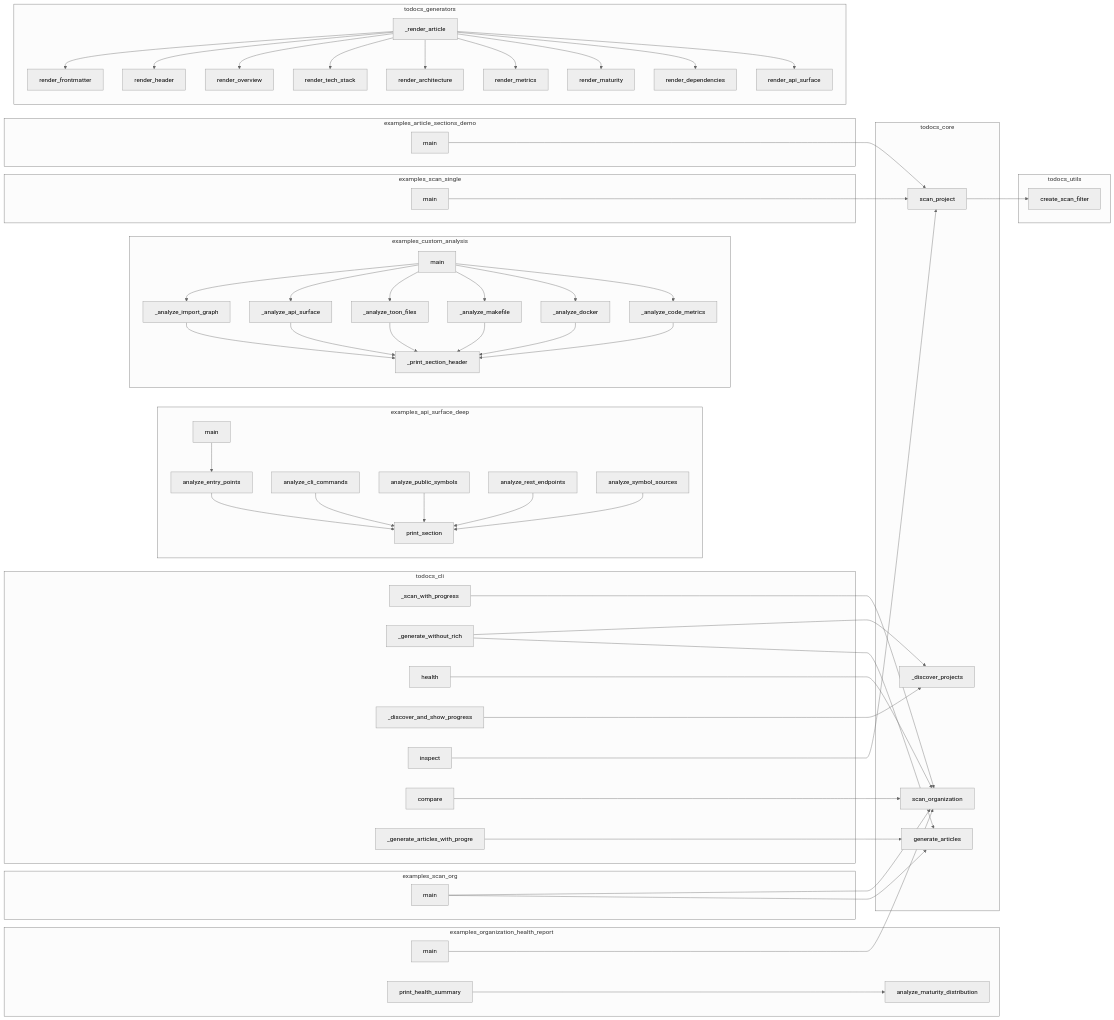
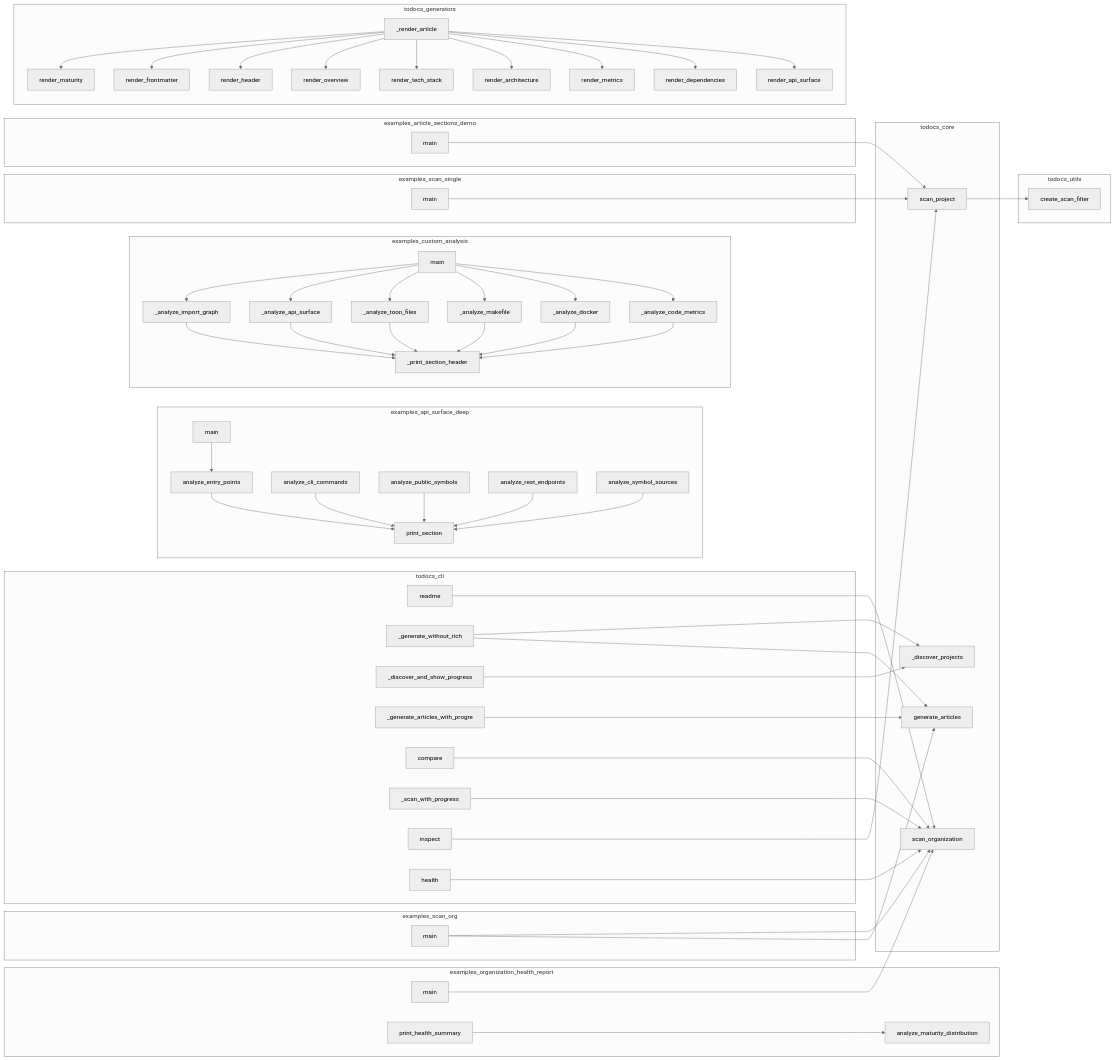
One commit to wronai/todocs changed the diagram in project/calls.mmd. Above: the diagram before and after it, drawn with Mermaid (neutral theme). The commit also changed 49 other files, not shown here.

First line of the commit message:
refactor(docs): code analysis engine

```diff
--- a/project/calls.mmd
+++ b/project/calls.mmd
@@ -1,106 +1,108 @@
 flowchart LR
     subgraph examples_api_surface_deep
-        examples__api_surface_deep__main["main"]
+        examples__api_surface_deep__analyze_symbol_sources["analyze_symbol_sources"]
+        examples__api_surface_deep__analyze_entry_points["analyze_entry_points"]
         examples__api_surface_deep__analyze_rest_endpoints["analyze_rest_endpoints"]
-        examples__api_surface_deep__analyze_entry_points["analyze_entry_points"]
-        examples__api_surface_deep__analyze_symbol_sources["analyze_symbol_sources"]
-        examples__api_surface_deep__analyze_cli_commands["analyze_cli_commands"]
         examples__api_surface_deep__print_section["print_section"]
         examples__api_surface_deep__analyze_public_symbols["analyze_public_symbols"]
+        examples__api_surface_deep__main["main"]
+        examples__api_surface_deep__analyze_cli_commands["analyze_cli_commands"]
     end
     subgraph examples_article_sections_demo
         examples__article_sections_demo__main["main"]
     end
     subgraph examples_custom_analysis
         examples__custom_analysis___analyze_import_graph["_analyze_import_graph"]
+        examples__custom_analysis___analyze_code_metrics["_analyze_code_metrics"]
+        examples__custom_analysis__main["main"]
+        examples__custom_analysis___analyze_toon_files["_analyze_toon_files"]
+        examples__custom_analysis___analyze_makefile["_analyze_makefile"]
+        examples__custom_analysis___analyze_api_surface["_analyze_api_surface"]
+        examples__custom_analysis___print_section_header["_print_section_header"]
         examples__custom_analysis___analyze_docker["_analyze_docker"]
-        examples__custom_analysis___analyze_api_surface["_analyze_api_surface"]
-        examples__custom_analysis__main["main"]
-        examples__custom_analysis___analyze_makefile["_analyze_makefile"]
-        examples__custom_analysis___analyze_toon_files["_analyze_toon_files"]
-        examples__custom_analysis___analyze_code_metrics["_analyze_code_metrics"]
-        examples__custom_analysis___print_section_header["_print_section_header"]
     end
     subgraph examples_organization_health_report
         examples__organization_health_report__main["main"]
         examples__analyze_maturity_distribution["analyze_maturity_distribution"]
         examples__print_health_summary["print_health_summary"]
     end
     subgraph examples_scan_org
         examples__scan_org__main["main"]
     end
     subgraph examples_scan_single
         examples__scan_single__main["main"]
     end
     subgraph todocs_cli
+        todocs__cli__readme["readme"]
+        todocs__cli___generate_without_rich["_generate_without_rich"]
+        todocs__cli___discover_and_show_progress["_discover_and_show_progress"]
+        todocs__cli___generate_articles_with_progress["_generate_articles_with_progre"]
+        todocs__cli__compare["compare"]
         todocs__cli___scan_with_progress["_scan_with_progress"]
-        todocs__cli___generate_without_rich["_generate_without_rich"]
+        todocs__cli__inspect["inspect"]
         todocs__cli__health["health"]
-        todocs__cli___discover_and_show_progress["_discover_and_show_progress"]
-        todocs__cli__inspect["inspect"]
-        todocs__cli__compare["compare"]
-        todocs__cli___generate_articles_with_progress["_generate_articles_with_progre"]
     end
     subgraph todocs_core
         todocs__core___discover_projects["_discover_projects"]
         todocs__core__scan_project["scan_project"]
         todocs__core__scan_organization["scan_organization"]
         todocs__core__generate_articles["generate_articles"]
     end
     subgraph todocs_generators
+        todocs__render_maturity["render_maturity"]
+        todocs__render_overview["render_overview"]
+        todocs__render_frontmatter["render_frontmatter"]
+        todocs__render_dependencies["render_dependencies"]
+        todocs__render_api_surface["render_api_surface"]
+        todocs__render_tech_stack["render_tech_stack"]
+        todocs__render_architecture["render_architecture"]
         todocs___render_article["_render_article"]
-        todocs__render_maturity["render_maturity"]
-        todocs__render_api_surface["render_api_surface"]
+        todocs__render_metrics["render_metrics"]
         todocs__render_header["render_header"]
-        todocs__render_metrics["render_metrics"]
-        todocs__render_tech_stack["render_tech_stack"]
-        todocs__render_frontmatter["render_frontmatter"]
-        todocs__render_overview["render_overview"]
-        todocs__render_dependencies["render_dependencies"]
-        todocs__render_architecture["render_architecture"]
     end
     subgraph todocs_utils
         todocs__utils__create_scan_filter["create_scan_filter"]
     end
     examples__article_sections_demo__main --> todocs__core__scan_project
-    examples__scan_single__main --> todocs__core__scan_project
+    examples__scan_org__main --> todocs__core__scan_organization
+    examples__scan_org__main --> todocs__core__generate_articles
     examples__custom_analysis___analyze_import_graph --> examples__custom_analysis___print_section_header
     examples__custom_analysis___analyze_api_surface --> examples__custom_analysis___print_section_header
     examples__custom_analysis___analyze_toon_files --> examples__custom_analysis___print_section_header
     examples__custom_analysis___analyze_makefile --> examples__custom_analysis___print_section_header
     examples__custom_analysis___analyze_docker --> examples__custom_analysis___print_section_header
     examples__custom_analysis___analyze_code_metrics --> examples__custom_analysis___print_section_header
     examples__custom_analysis__main --> examples__custom_analysis___analyze_import_graph
     examples__custom_analysis__main --> examples__custom_analysis___analyze_api_surface
     examples__custom_analysis__main --> examples__custom_analysis___analyze_toon_files
     examples__custom_analysis__main --> examples__custom_analysis___analyze_makefile
     examples__custom_analysis__main --> examples__custom_analysis___analyze_docker
     examples__custom_analysis__main --> examples__custom_analysis___analyze_code_metrics
-    examples__print_health_summary --> examples__analyze_maturity_distribution
-    examples__organization_health_report__main --> todocs__core__scan_organization
-    examples__scan_org__main --> todocs__core__scan_organization
-    examples__scan_org__main --> todocs__core__generate_articles
+    examples__scan_single__main --> todocs__core__scan_project
     examples__api_surface_deep__analyze_entry_points --> examples__api_surface_deep__print_section
     examples__api_surface_deep__analyze_cli_commands --> examples__api_surface_deep__print_section
     examples__api_surface_deep__analyze_public_symbols --> examples__api_surface_deep__print_section
     examples__api_surface_deep__analyze_rest_endpoints --> examples__api_surface_deep__print_section
     examples__api_surface_deep__analyze_symbol_sources --> examples__api_surface_deep__print_section
     examples__api_surface_deep__main --> examples__api_surface_deep__analyze_entry_points
+    examples__print_health_summary --> examples__analyze_maturity_distribution
+    examples__organization_health_report__main --> todocs__core__scan_organization
     todocs__cli___discover_and_show_progress --> todocs__core___discover_projects
     todocs__cli___scan_with_progress --> todocs__core__scan_organization
     todocs__cli___generate_articles_with_progress --> todocs__core__generate_articles
     todocs__cli___generate_without_rich --> todocs__core___discover_projects
     todocs__cli___generate_without_rich --> todocs__core__generate_articles
     todocs__cli__inspect --> todocs__core__scan_project
     todocs__cli__compare --> todocs__core__scan_organization
     todocs__cli__health --> todocs__core__scan_organization
+    todocs__cli__readme --> todocs__core__scan_organization
     todocs___render_article --> todocs__render_frontmatter
     todocs___render_article --> todocs__render_header
     todocs___render_article --> todocs__render_overview
     todocs___render_article --> todocs__render_tech_stack
     todocs___render_article --> todocs__render_architecture
     todocs___render_article --> todocs__render_metrics
     todocs___render_article --> todocs__render_maturity
     todocs___render_article --> todocs__render_dependencies
     todocs___render_article --> todocs__render_api_surface
     todocs__core__scan_project --> todocs__utils__create_scan_filter
```
